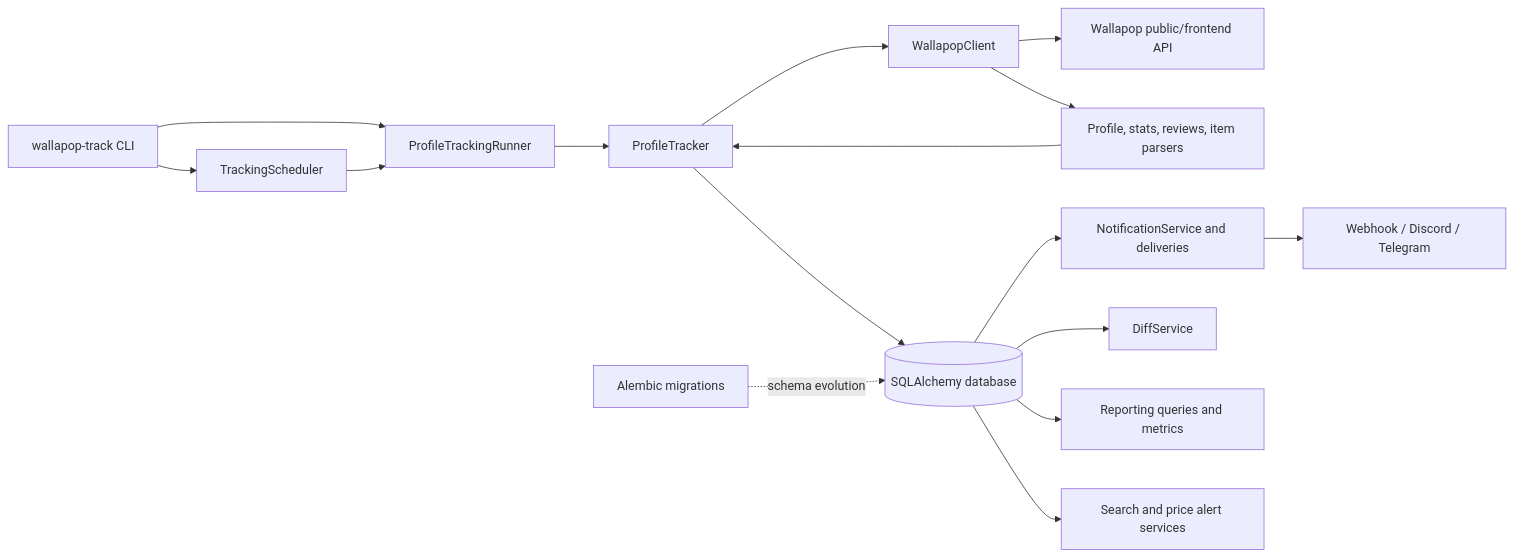
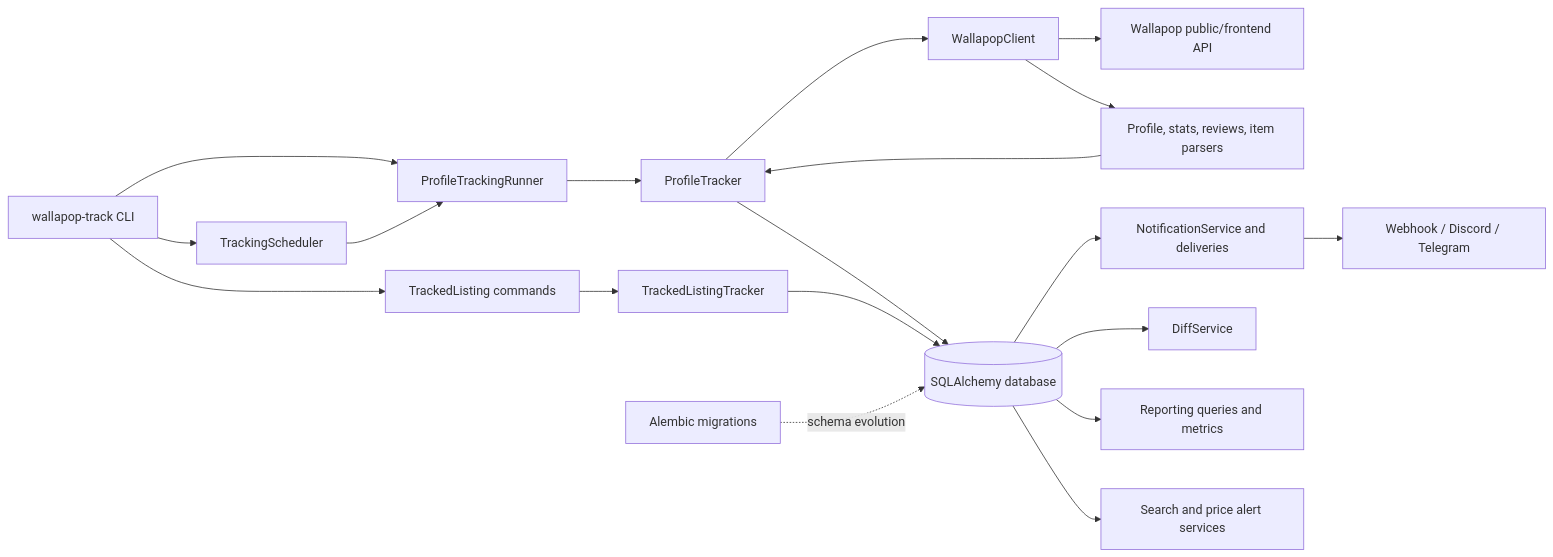
The diagram in README.md (vgvr0/wallapop-tracker), drawn with Mermaid before and after one commit. The commit also changed other lines of this file and 23 other files, not shown here.

Commit message:
Add tracked listing monitoring

````diff
--- a/README.md
+++ b/README.md
@@ -25,18 +26,21 @@
 ```mermaid
 flowchart LR
     CLI[wallapop-track CLI] --> Scheduler[TrackingScheduler]
     CLI --> Runner[ProfileTrackingRunner]
     Scheduler --> Runner
     Runner --> Tracker[ProfileTracker]
     Tracker --> Client[WallapopClient]
     Client --> API[Wallapop public/frontend API]
     Client --> Parsers[Profile, stats, reviews, item parsers]
     Parsers --> Tracker
     Tracker --> DB[(SQLAlchemy database)]
     DB --> Notifications[NotificationService and deliveries]
     Notifications --> Channels[Webhook / Discord / Telegram]
+    CLI --> Listing[TrackedListing commands]
+    Listing --> ListingTracker[TrackedListingTracker]
+    ListingTracker --> DB
     DB --> Diff[DiffService]
     DB --> Reporting[Reporting queries and metrics]
     DB --> Alerts[Search and price alert services]
     Migrations[Alembic migrations] -. schema evolution .-> DB
 ```
````
